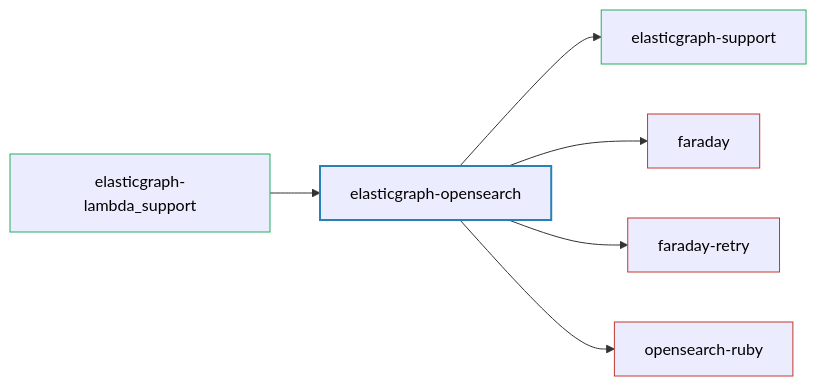
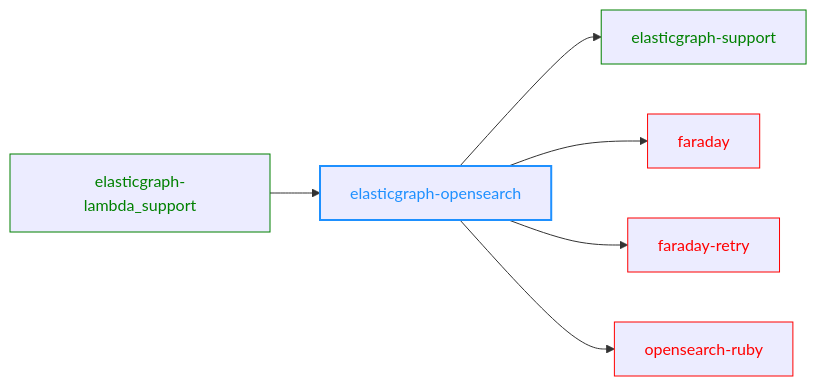
Before and after one commit to block/elasticgraph: the diagram in elasticgraph-opensearch/README.md, drawn with Mermaid. The commit also changed 23 other files, not shown here.

````diff
--- a/elasticgraph-opensearch/README.md
+++ b/elasticgraph-opensearch/README.md
@@ -7,20 +7,23 @@
 ```mermaid
 graph LR;
     elasticgraph-opensearch["elasticgraph-opensearch"];
     elasticgraph-support["elasticgraph-support"];
     elasticgraph-opensearch --> elasticgraph-support;
     faraday["faraday"];
     elasticgraph-opensearch --> faraday;
     faraday-retry["faraday-retry"];
     elasticgraph-opensearch --> faraday-retry;
     opensearch-ruby["opensearch-ruby"];
     elasticgraph-opensearch --> opensearch-ruby;
     elasticgraph-lambda_support["elasticgraph-lambda_support"];
     elasticgraph-lambda_support --> elasticgraph-opensearch;
-    style elasticgraph-opensearch fill:#lightblue,stroke:#2980b9,stroke-width:2px,color:#000;
-    style elasticgraph-support fill:#lightgreen,stroke:#27ae60,stroke-width:1px,color:#000;
-    style faraday fill:#lightcoral,stroke:#c0392b,stroke-width:1px,color:#000;
-    style faraday-retry fill:#lightcoral,stroke:#c0392b,stroke-width:1px,color:#000;
-    style opensearch-ruby fill:#lightcoral,stroke:#c0392b,stroke-width:1px,color:#000;
-    style elasticgraph-lambda_support fill:#lightgreen,stroke:#27ae60,stroke-width:1px,color:#000;
+    style elasticgraph-opensearch color:DodgerBlue,stroke-width:2px,stroke:DodgerBlue;
+    style elasticgraph-support color:Green,stroke:Green;
+    style faraday color:Red,stroke:Red;
+    style faraday-retry color:Red,stroke:Red;
+    style opensearch-ruby color:Red,stroke:Red;
+    style elasticgraph-lambda_support color:Green,stroke:Green;
+    click faraday href "https://rubygems.org/gems/faraday" "Open on RubyGems.org" _blank;
+    click faraday-retry href "https://rubygems.org/gems/faraday-retry" "Open on RubyGems.org" _blank;
+    click opensearch-ruby href "https://rubygems.org/gems/opensearch-ruby" "Open on RubyGems.org" _blank;
 ```
````
